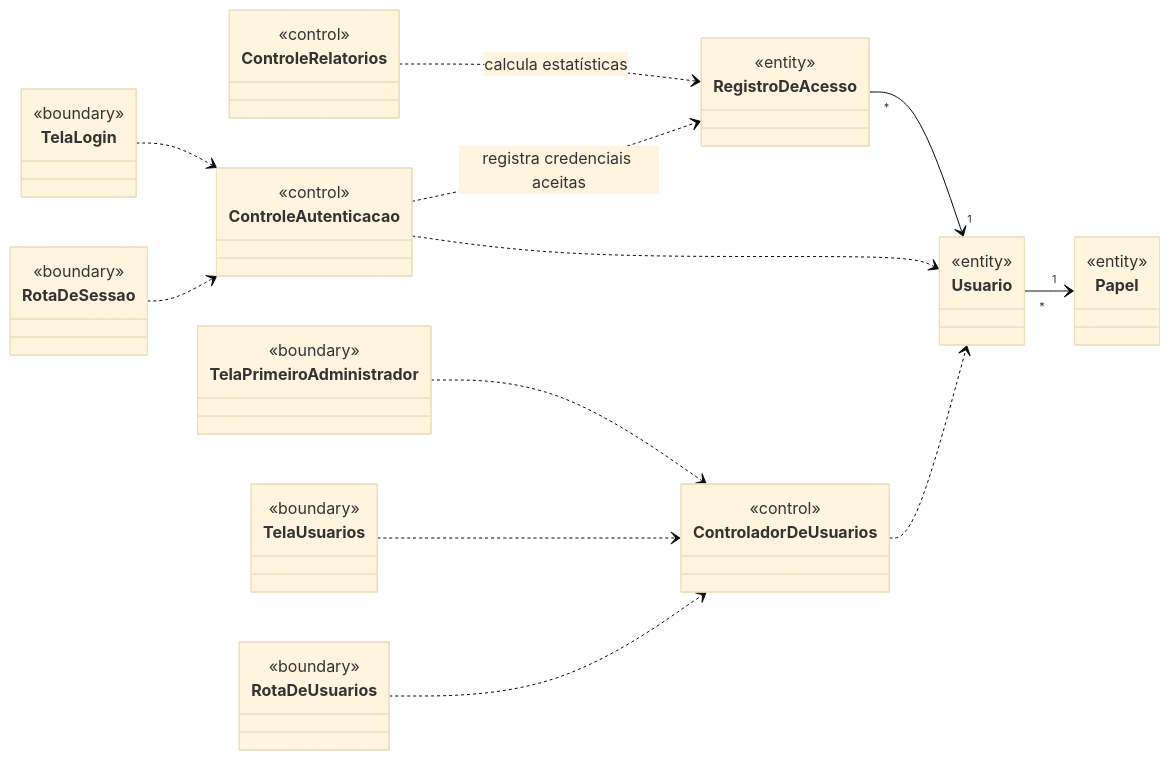
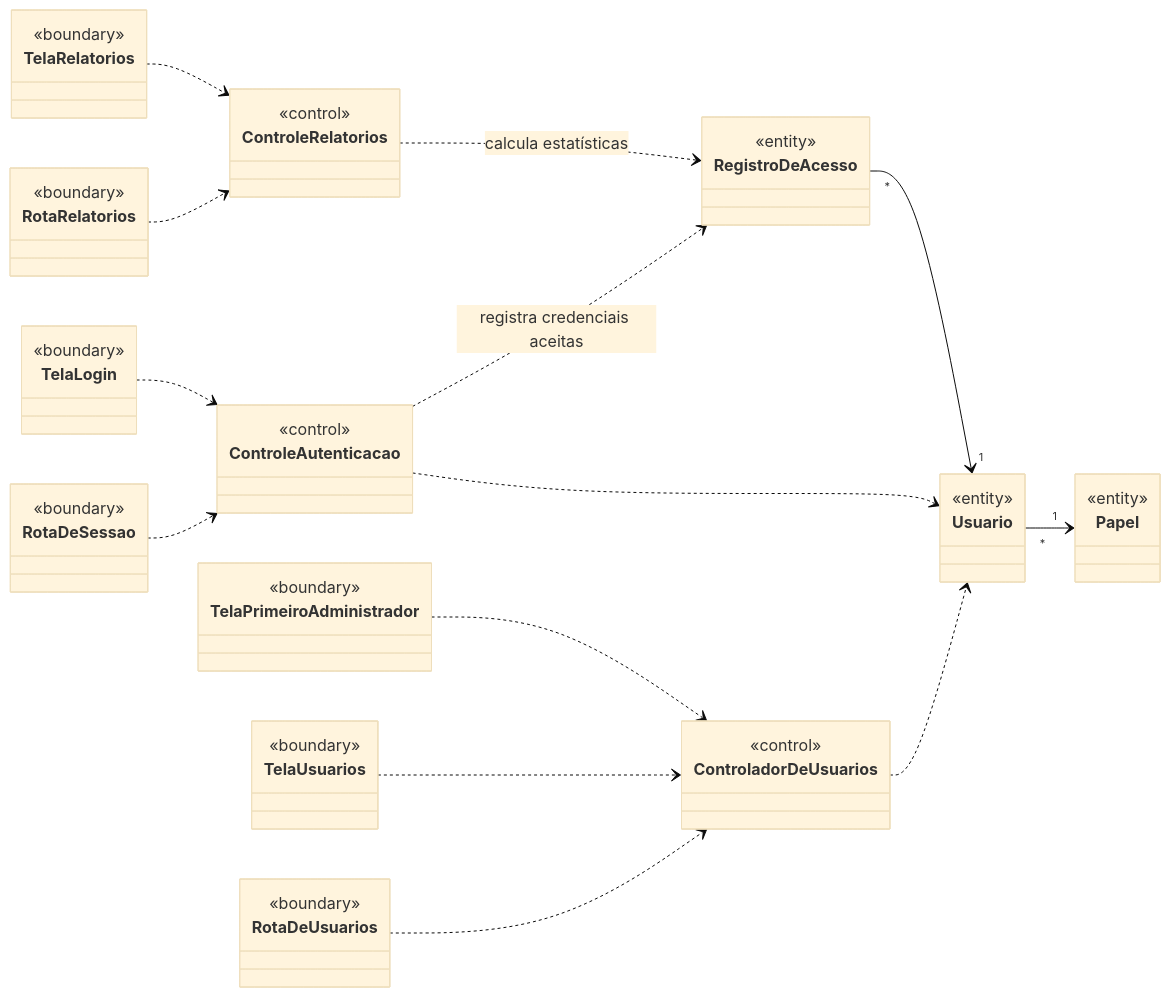
The first of 2 diagrams in docs/05-analise.md (beatrizmontenegro07/projeto-metodos), drawn with Mermaid (base theme) before and after one commit. The commit also changed other lines of this file and 13 other files, not shown here.

````diff
--- a/docs/05-analise.md
+++ b/docs/05-analise.md
@@ -9,31 +9,35 @@
 ```mermaid
 classDiagram
     direction LR
 
     class TelaLogin { <<boundary>> }
     class TelaPrimeiroAdministrador { <<boundary>> }
     class RotaDeSessao { <<boundary>> }
     class TelaUsuarios { <<boundary>> }
     class RotaDeUsuarios { <<boundary>> }
 
     class ControleAutenticacao { <<control>> }
     class ControladorDeUsuarios { <<control>> }
 
     class Usuario { <<entity>> }
     class Papel { <<entity>> }
     class RegistroDeAcesso { <<entity>> }
     class ControleRelatorios { <<control>> }
+    class TelaRelatorios { <<boundary>> }
+    class RotaRelatorios { <<boundary>> }
+    TelaRelatorios ..> ControleRelatorios
+    RotaRelatorios ..> ControleRelatorios
     ControleRelatorios ..> RegistroDeAcesso : calcula estatísticas
     ControleAutenticacao ..> RegistroDeAcesso : registra credenciais aceitas
     RegistroDeAcesso "*" --> "1" Usuario
 
     Usuario "*" --> "1" Papel
 
     TelaLogin ..> ControleAutenticacao
     RotaDeSessao ..> ControleAutenticacao
     TelaPrimeiroAdministrador ..> ControladorDeUsuarios
     TelaUsuarios ..> ControladorDeUsuarios
     RotaDeUsuarios ..> ControladorDeUsuarios
     ControleAutenticacao ..> Usuario
     ControladorDeUsuarios ..> Usuario
 ```
````
